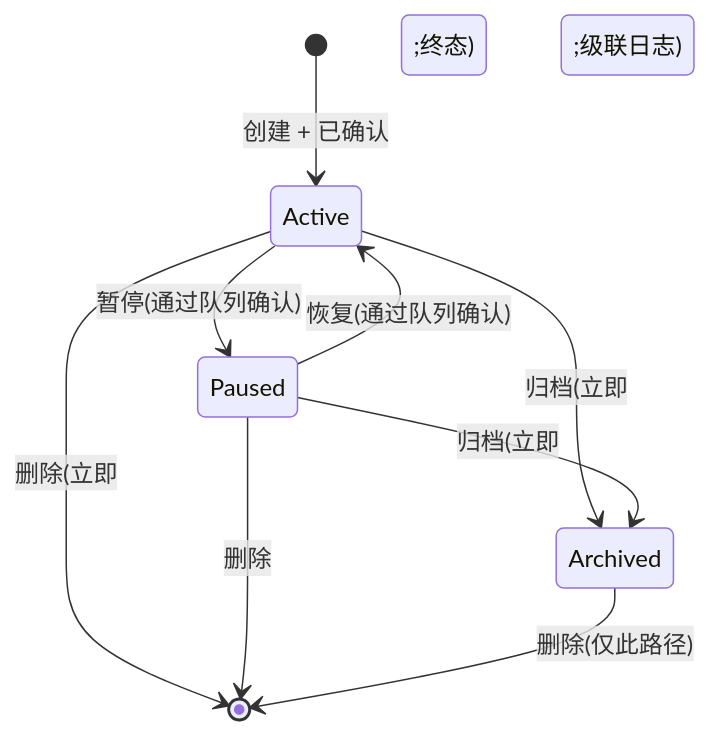
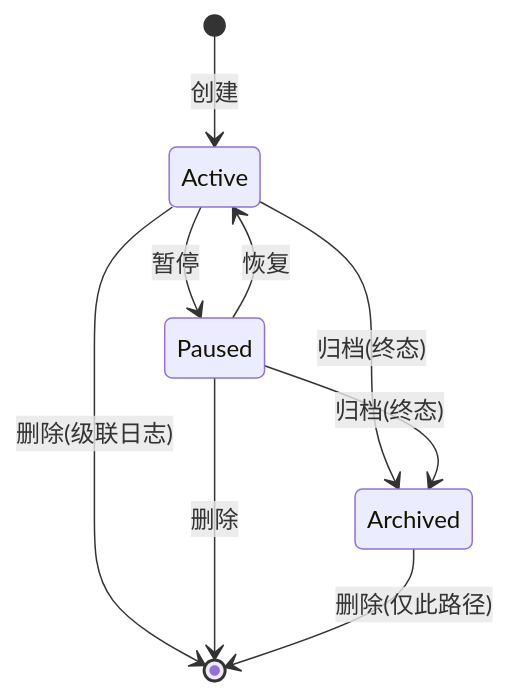
Before and after one commit to sequencestream/c3: the first of 2 diagrams in doc/domains/core/automations/automations-spec.md, drawn with Mermaid. The commit also changed other lines of this file and 19 other files, not shown here.

````diff
--- a/doc/domains/core/automations/automations-spec.md
+++ b/doc/domains/core/automations/automations-spec.md
@@ -76,11 +74,11 @@
 ```mermaid
 stateDiagram-v2
-    [*] --> Active: 创建 + 已确认
-    Active --> Paused: 暂停(通过队列确认)
-    Paused --> Active: 恢复(通过队列确认)
-    Active --> Archived: 归档(立即;终态)
-    Paused --> Archived: 归档(立即;终态)
-    Active --> [*]: 删除(立即;级联日志)
+    [*] --> Active: 创建
+    Active --> Paused: 暂停
+    Paused --> Active: 恢复
+    Active --> Archived: 归档(终态)
+    Paused --> Archived: 归档(终态)
+    Active --> [*]: 删除(级联日志)
     Paused --> [*]: 删除
     Archived --> [*]: 删除(仅此路径)
 ```
````
